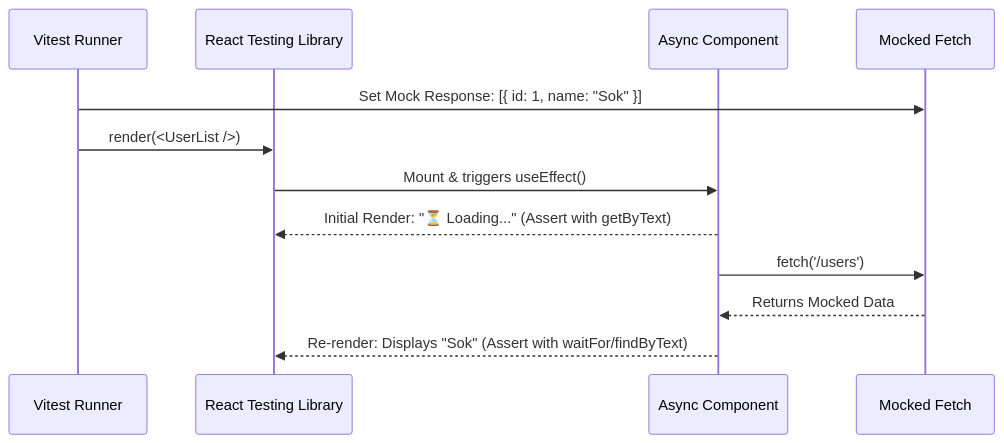
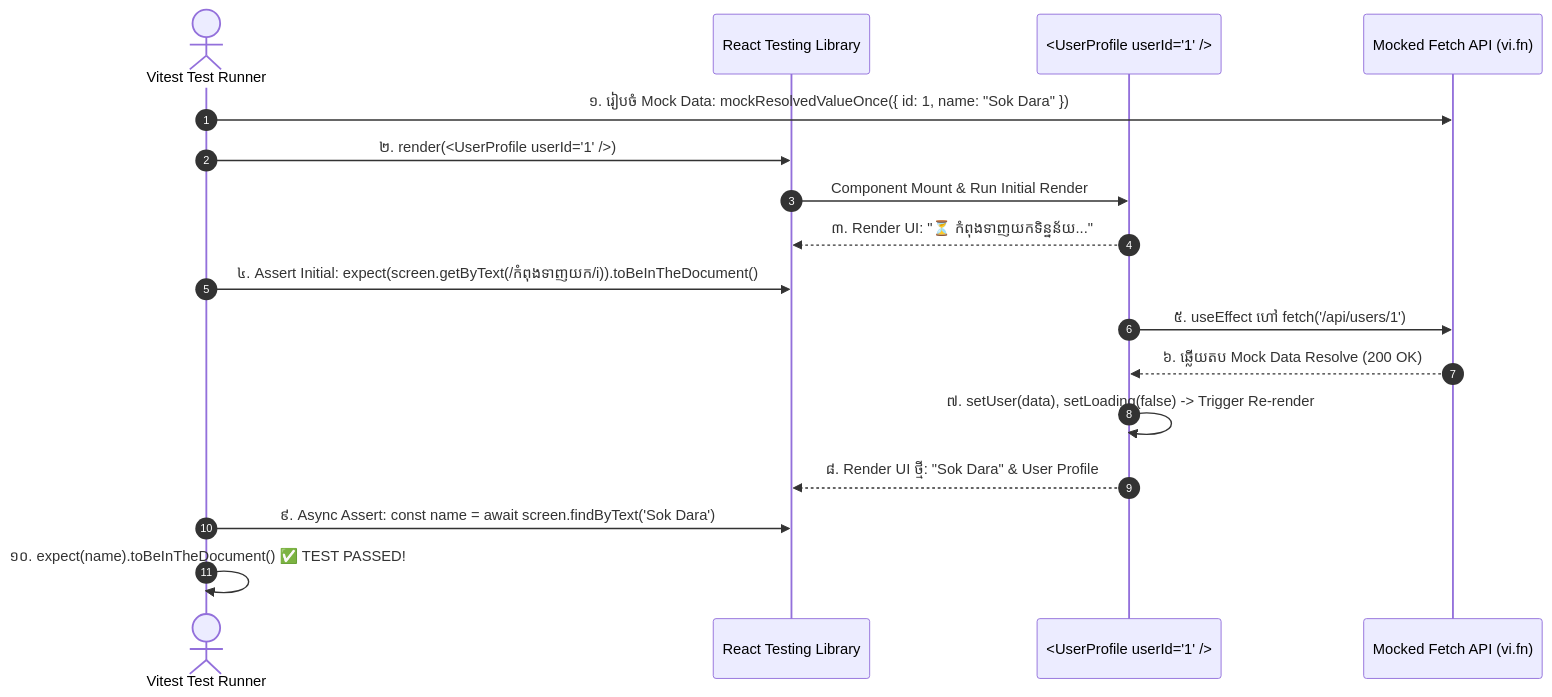
One commit to Ari-ICU/full-stack-short-coures changed the diagram in src/courses/react/module-14-testing/03-testing-async-components.mdx. Above: the diagram before and after it, drawn with Mermaid. The commit also changed other lines of this file and 26 other files, not shown here.

````diff
--- a/src/courses/react/module-14-testing/03-testing-async-components.mdx
+++ b/src/courses/react/module-14-testing/03-testing-async-components.mdx
@@ -24,15 +43,22 @@
 ```mermaid
 sequenceDiagram
-    participant Test as Vitest Runner
+    autonumber
+    actor Runner as Vitest Test Runner
     participant RTL as React Testing Library
-    participant Comp as Async Component
-    participant Mock as Mocked Fetch
+    participant Comp as <UserProfile userId="1" />
+    participant Mock as Mocked Fetch API (vi.fn)
 
-    Test->>Mock: Set Mock Response: [{ id: 1, name: "Sok" }]
-    Test->>RTL: render(<UserList />)
-    RTL->>Comp: Mount & triggers useEffect()
-    Comp-->>RTL: Initial Render: "⏳ Loading..." (Assert with getByText)
-    Comp->>Mock: fetch('/users')
-    Mock-->>Comp: Returns Mocked Data
-    Comp-->>RTL: Re-render: Displays "Sok" (Assert with waitFor/findByText)
+    Runner->>Mock: ១. រៀបចំ Mock Data: mockResolvedValueOnce({ id: 1, name: "Sok Dara" })
+    Runner->>RTL: ២. render(<UserProfile userId="1" />)
+    RTL->>Comp: Component Mount & Run Initial Render
+    Comp-->>RTL: ៣. Render UI: "⏳ កំពុងទាញយកទិន្នន័យ..."
+    Runner->>RTL: ៤. Assert Initial: expect(screen.getByText(/កំពុងទាញយក/i)).toBeInTheDocument()
+
+    Comp->>Mock: ៥. useEffect ហៅ fetch('/api/users/1')
+    Mock-->>Comp: ៦. ឆ្លើយតប Mock Data Resolve (200 OK)
+    Comp->>Comp: ៧. setUser(data), setLoading(false) -> Trigger Re-render
+
+    Comp-->>RTL: ៨. Render UI ថ្មី: "Sok Dara" & User Profile
+    Runner->>RTL: ៩. Async Assert: const name = await screen.findByText('Sok Dara')
+    Runner->>Runner: ១០. expect(name).toBeInTheDocument() ✅ TEST PASSED!
 ```
````
